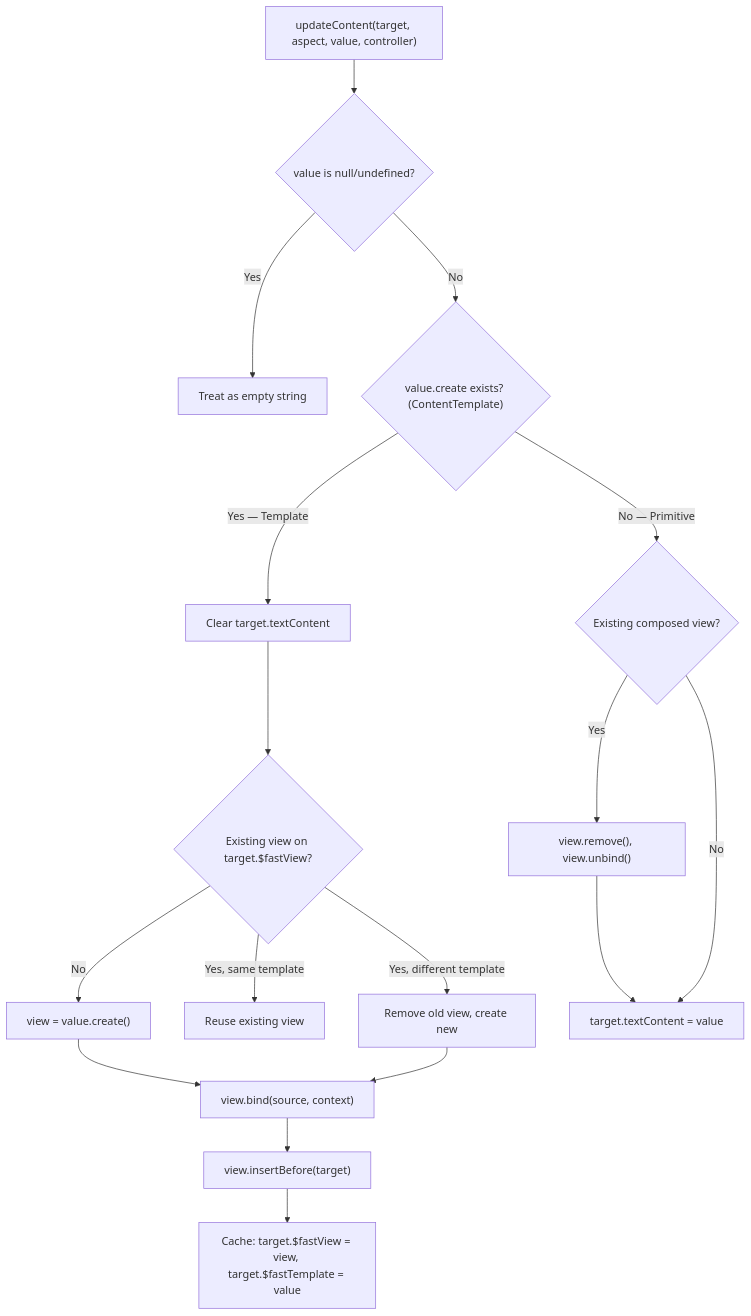
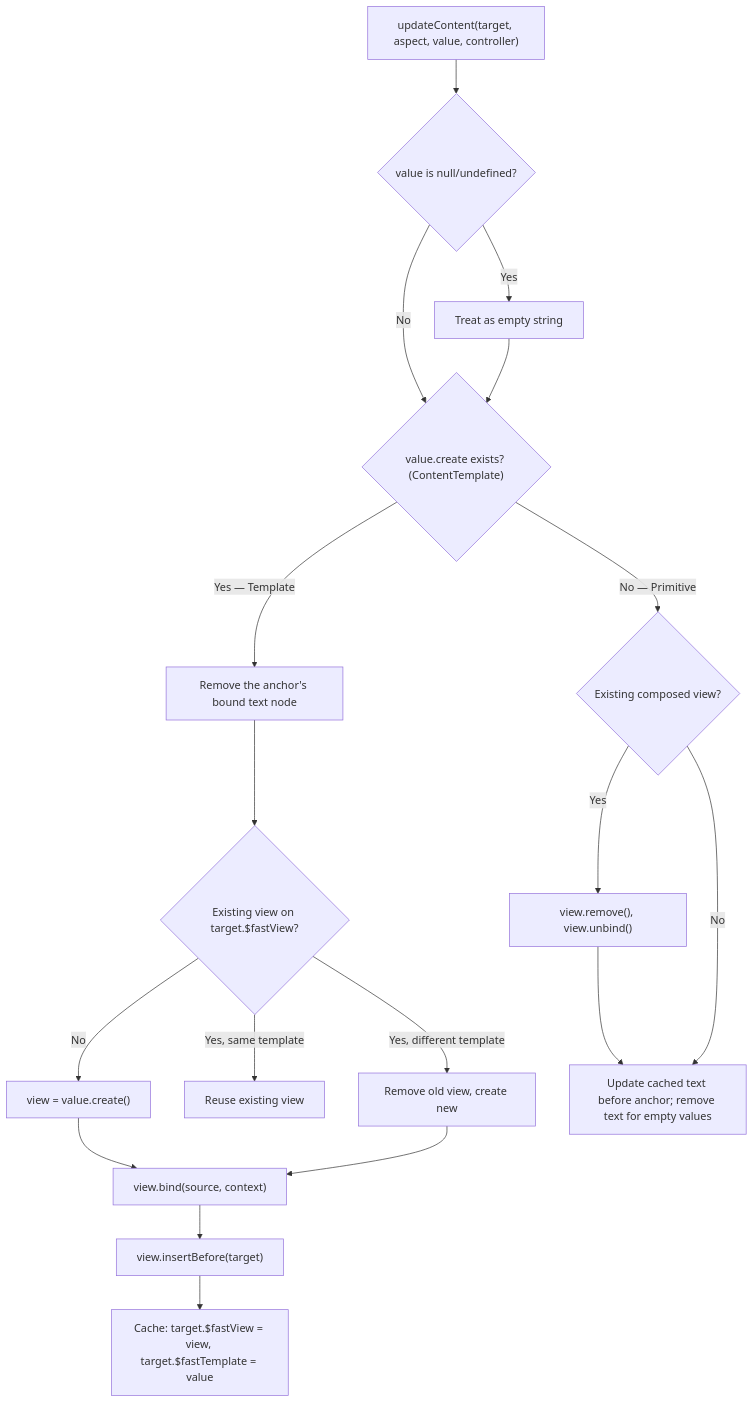
The seventh of 12 diagrams in packages/fast-element/docs/template-bindings.md (microsoft/fast), drawn with Mermaid before and after one commit. The commit also changed other lines of this file and 19 other files, not shown here.

````diff
--- a/packages/fast-element/docs/template-bindings.md
+++ b/packages/fast-element/docs/template-bindings.md
@@ -220,21 +220,22 @@
 ```mermaid
 flowchart TD
     A["updateContent(target, aspect, value, controller)"] --> B{"value is null/undefined?"}
     B -->|Yes| C["Treat as empty string"]
     B -->|No| D{"value.create exists? (ContentTemplate)"}
 
-    D -->|Yes — Template| E["Clear target.textContent"]
+    C --> D
+    D -->|Yes — Template| E["Remove the anchor's bound text node"]
     E --> F{"Existing view on target.$fastView?"}
     F -->|No| G["view = value.create()"]
     F -->|Yes, same template| H["Reuse existing view"]
     F -->|Yes, different template| I["Remove old view, create new"]
     G --> J["view.bind(source, context)"]
     I --> J
     J --> K["view.insertBefore(target)"]
     K --> L["Cache: target.$fastView = view, target.$fastTemplate = value"]
 
     D -->|No — Primitive| M{"Existing composed view?"}
     M -->|Yes| N["view.remove(), view.unbind()"]
-    N --> O["target.textContent = value"]
+    N --> O["Update cached text before anchor; remove text for empty values"]
     M -->|No| O
 ```
````
